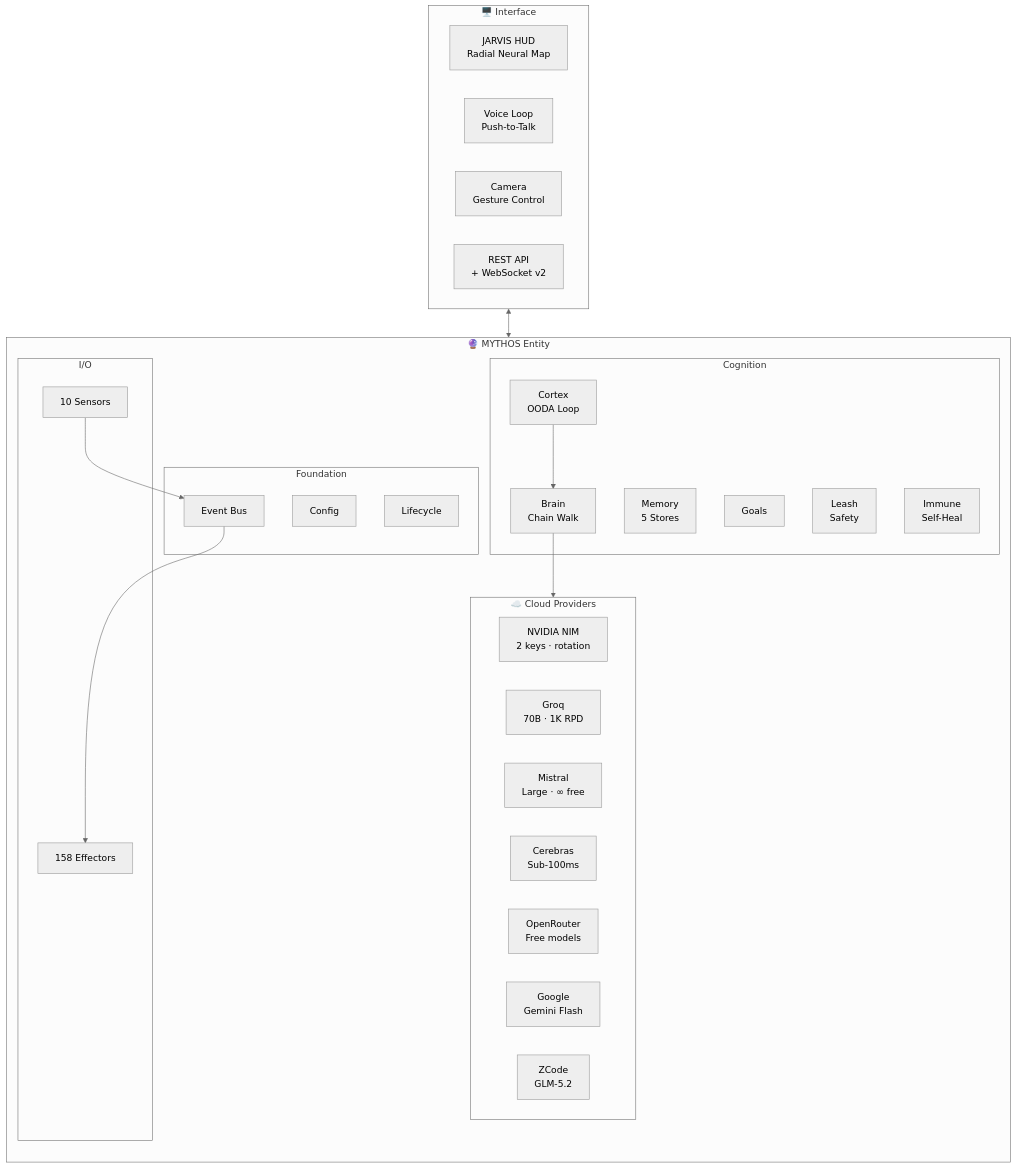
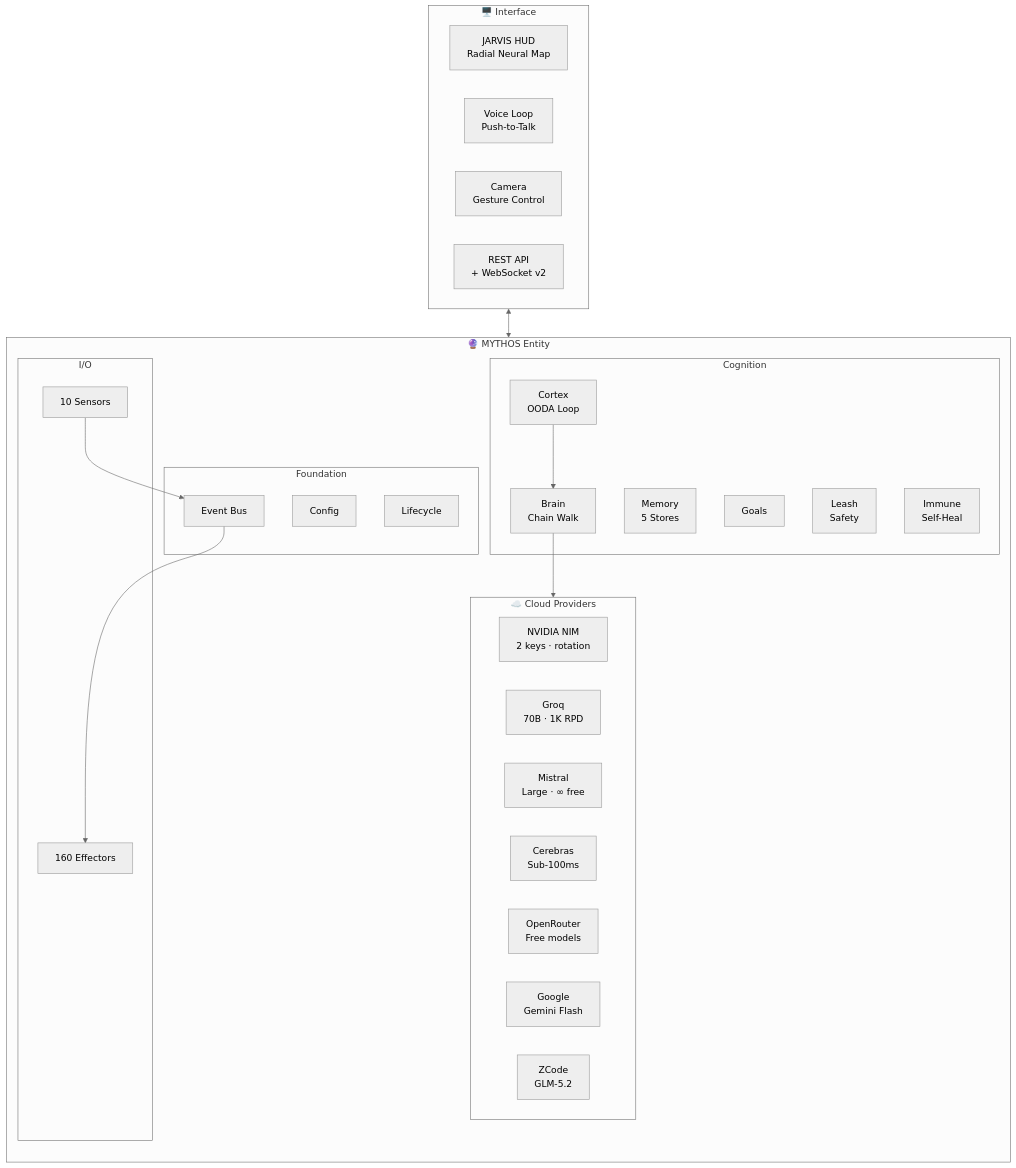
The first of 11 diagrams in README.md (HailLucifer666/Agent_OS), drawn with Mermaid (neutral theme) before and after one commit. The commit also changed other lines of this file and 8 other files, not shown here.

````diff
--- a/README.md
+++ b/README.md
@@ -48,45 +48,45 @@
 ```mermaid
 flowchart TB
     subgraph Cloud["☁️ Cloud Providers"]
         direction LR
         NIM["NVIDIA NIM<br/>2 keys · rotation"]
         GQ["Groq<br/>70B · 1K RPD"]
         MI["Mistral<br/>Large · ∞ free"]
         CE["Cerebras<br/>Sub-100ms"]
         OR["OpenRouter<br/>Free models"]
         GOOG["Google<br/>Gemini Flash"]
         ZC["ZCode<br/>GLM-5.2"]
     end
 
     subgraph MYTHOS["🔮 MYTHOS Entity"]
         direction TB
         subgraph Foundation["Foundation"]
             CFG["Config"]
             BUS["Event Bus"]
             LIFE["Lifecycle"]
         end
         subgraph Cognition["Cognition"]
             CORT["Cortex<br/>OODA Loop"]
             BRN["Brain<br/>Chain Walk"]
             MEM["Memory<br/>5 Stores"]
             GOAL["Goals"]
             LEASH["Leash<br/>Safety"]
             IMM["Immune<br/>Self-Heal"]
         end
         subgraph IOLayer["I/O"]
             SENS["10 Sensors"]
-            EFF["158 Effectors"]
+            EFF["160 Effectors"]
         end
         CORT --> BRN --> Cloud
         SENS --> BUS --> EFF
     end
 
     subgraph Interface["🖥️ Interface"]
         HUD["JARVIS HUD<br/>Radial Neural Map"]
         VOICE["Voice Loop<br/>Push-to-Talk"]
         CAM["Camera<br/>Gesture Control"]
         API["REST API<br/>+ WebSocket v2"]
     end
 
     Interface <--> MYTHOS
 ```
````
